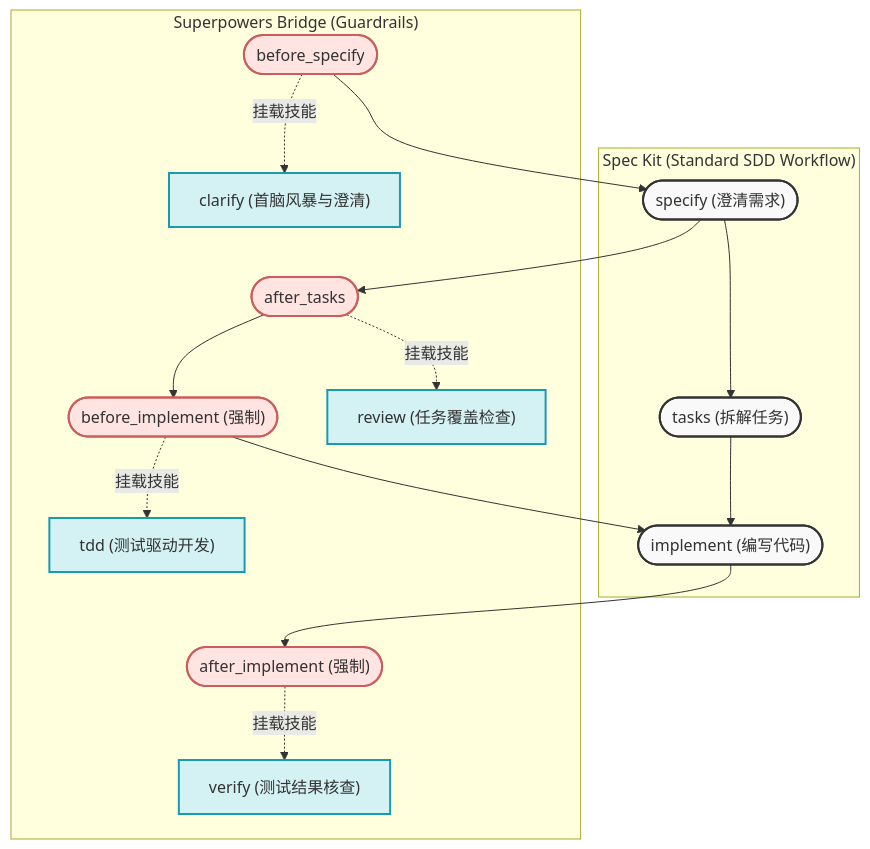
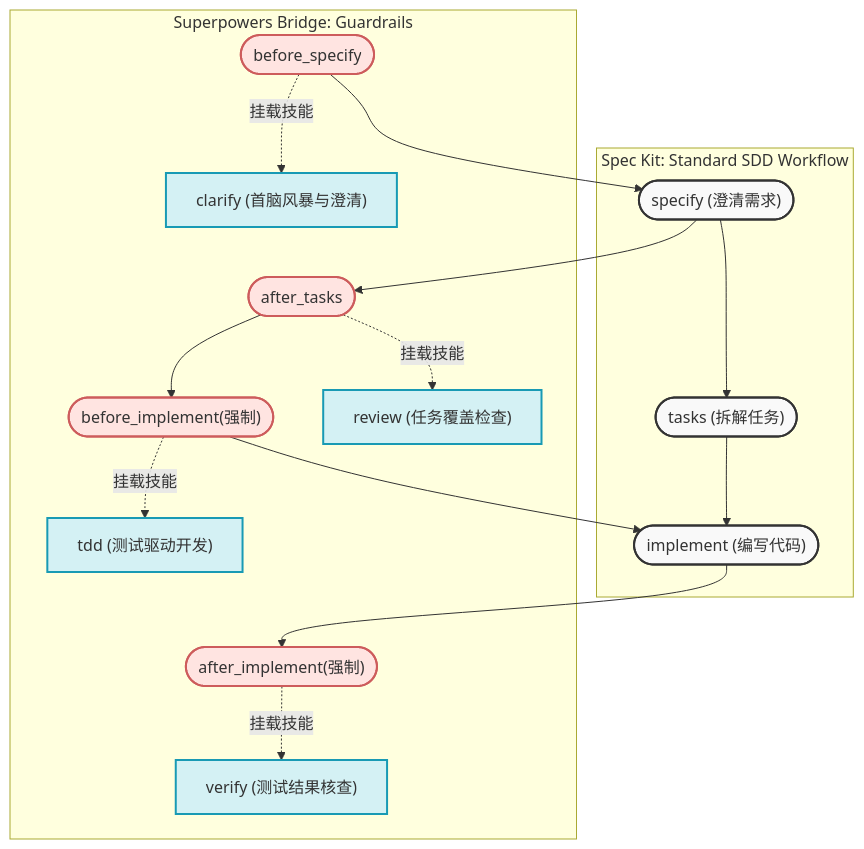
Before and after one commit to RbBtSn0w/rbbtsn0w.github.io: the diagram in _posts/2026-03-30-superpowers-bridge-spec-kit.md, drawn with Mermaid.

Commit message:
fix(blog): migrate mermaid graph to flowchart engine and resolve 11.x strict parse exceptions

````diff
--- a/_posts/2026-03-30-superpowers-bridge-spec-kit.md
+++ b/_posts/2026-03-30-superpowers-bridge-spec-kit.md
@@ -37,38 +37,38 @@
 ```mermaid
-graph TD
-    classDef workflow fill:#f9f9f9,stroke:#333,stroke-width:2px;
-    classDef hook fill:#ffe4e1,stroke:#cd5c5c,stroke-width:2px;
-    classDef skill fill:#d4f1f4,stroke:#189ab4,stroke-width:2px;
+flowchart TD
+    classDef workflow fill:#f9f9f9,stroke:#333,stroke-width:2px
+    classDef hook fill:#ffe4e1,stroke:#cd5c5c,stroke-width:2px
+    classDef skill fill:#d4f1f4,stroke:#189ab4,stroke-width:2px
 
-    subgraph spec_workflow ["Spec Kit (Standard SDD Workflow)"]
+    subgraph spec_workflow [Spec Kit: Standard SDD Workflow]
         S(["specify (澄清需求)"]):::workflow
         T(["tasks (拆解任务)"]):::workflow
         I(["implement (编写代码)"]):::workflow
         
         S --> T
         T --> I
     end
 
-    subgraph superpowers_bridge ["Superpowers Bridge (Guardrails)"]
+    subgraph superpowers_bridge [Superpowers Bridge: Guardrails]
         B_S(["before_specify"]):::hook
         A_T(["after_tasks"]):::hook
-        B_I(["before_implement (强制)"]):::hook
-        A_I(["after_implement (强制)"]):::hook
+        B_I(["before_implement(强制)"]):::hook
+        A_I(["after_implement(强制)"]):::hook
 
         C["clarify (首脑风暴与澄清)"]:::skill
         R["review (任务覆盖检查)"]:::skill
         TDD["tdd (测试驱动开发)"]:::skill
         V["verify (测试结果核查)"]:::skill
         
-        B_S -. 挂载技能 .-> C
-        A_T -. 挂载技能 .-> R
-        B_I -. 挂载技能 .-> TDD
-        A_I -. 挂载技能 .-> V
+        B_S -.->|挂载技能| C
+        A_T -.->|挂载技能| R
+        B_I -.->|挂载技能| TDD
+        A_I -.->|挂载技能| V
     end
 
     B_S --> S
     S --> A_T
     A_T --> B_I
     B_I --> I
     I --> A_I
 ```
````
